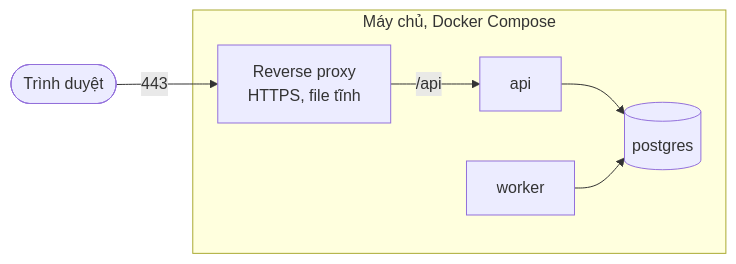
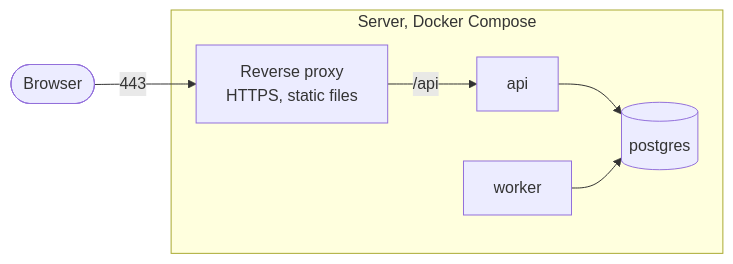
Before and after one commit to Akaza-ban/OCK-360: the fifth of 5 diagrams in docs/architecture/c4.md, drawn with Mermaid. The commit also changed other lines of this file and 24 other files, not shown here.

````diff
--- a/docs/architecture/c4.md
+++ b/docs/architecture/c4.md
@@ -177,14 +177,14 @@
 ```mermaid
 flowchart LR
-    browser(["Trình duyệt"])
-    subgraph host["Máy chủ, Docker Compose"]
-        proxy["Reverse proxy<br/>HTTPS, file tĩnh"]
+    browser(["Browser"])
+    subgraph host["Server, Docker Compose"]
+        proxy["Reverse proxy<br/>HTTPS, static files"]
         api["api"]
         worker["worker"]
         db[("postgres")]
     end
     browser -->|"443"| proxy
     proxy -->|"/api"| api
     api --> db
     worker --> db
 ```
````
